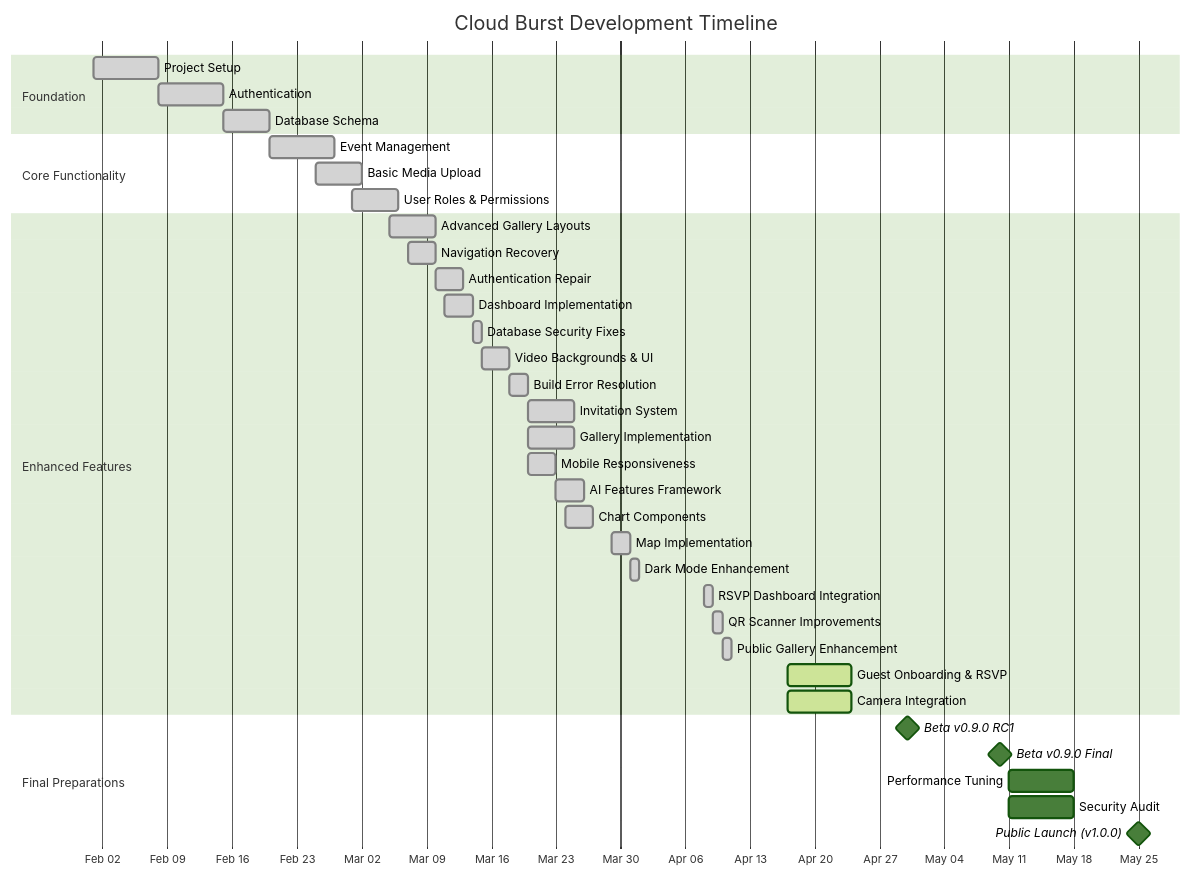
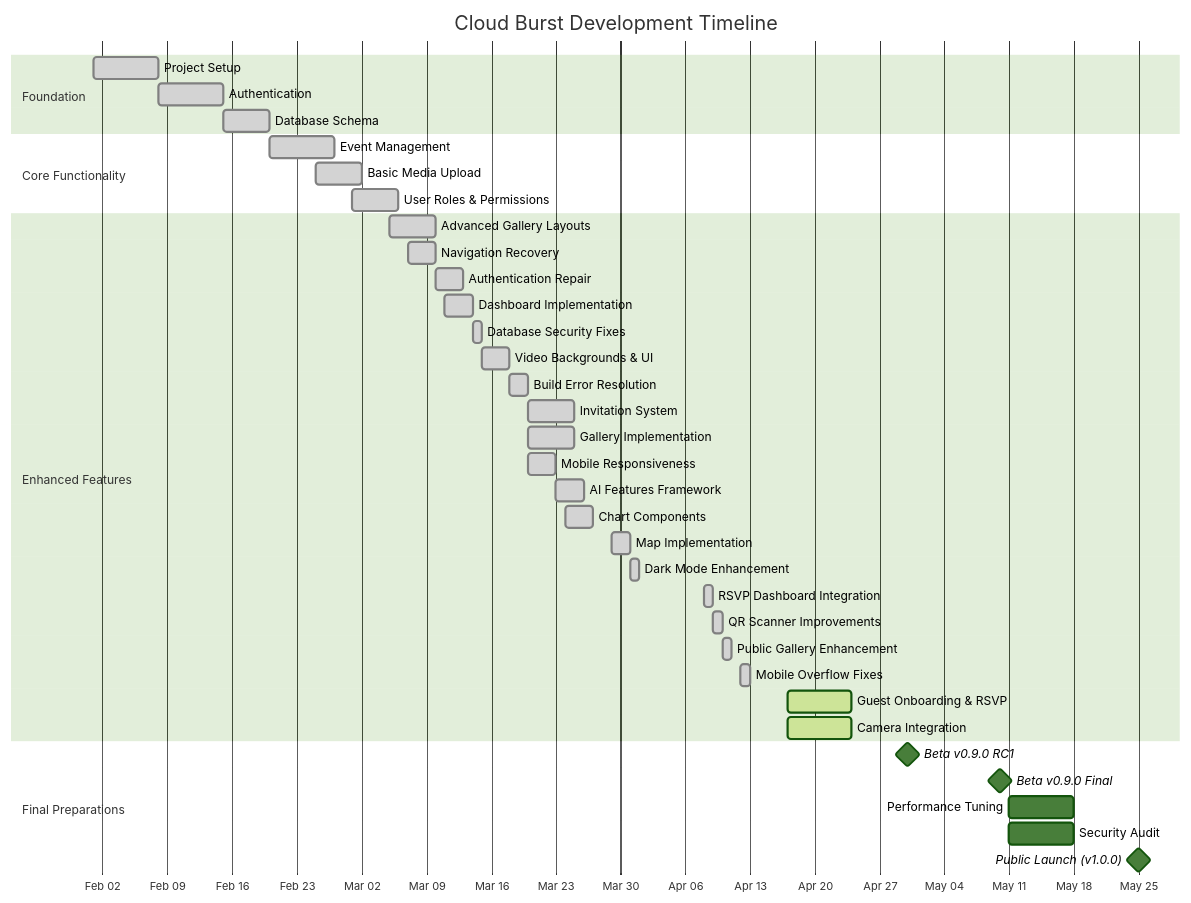
The first of 2 diagrams in docs/planning/roadmap.md (mrj0nesmtl/cloud-burst), drawn with Mermaid (forest theme) before and after one commit. The commit also changed other lines of this file and 37 other files, not shown here.

````diff
--- a/docs/planning/roadmap.md
+++ b/docs/planning/roadmap.md
@@ -136,44 +132,45 @@
 ```mermaid
 gantt
     title Cloud Burst Development Timeline
     dateFormat  YYYY-MM-DD
     axisFormat %b %d
     
     section Foundation
     Project Setup           :done, f1, 2025-02-01, 7d
     Authentication          :done, f2, 2025-02-08, 7d
     Database Schema         :done, f3, 2025-02-15, 5d
     
     section Core Functionality
     Event Management        :done, c1, 2025-02-20, 7d
     Basic Media Upload      :done, c2, 2025-02-25, 5d
     User Roles & Permissions:done, c3, 2025-03-01, 5d
     
     section Enhanced Features
     Advanced Gallery Layouts:done, e1, 2025-03-05, 5d
     Navigation Recovery     :done, e2, 2025-03-07, 3d
     Authentication Repair   :done, e3, 2025-03-10, 3d
     Dashboard Implementation:done, e4, 2025-03-11, 3d
     Database Security Fixes :done, e5, 2025-03-14, 1d
     Video Backgrounds & UI  :done, e6, 2025-03-15, 3d
     Build Error Resolution  :done, e7, 2025-03-18, 2d
     Invitation System       :done, e8, 2025-03-20, 5d
     Gallery Implementation  :done, e9, 2025-03-20, 5d
     Mobile Responsiveness   :done, e10, 2025-03-20, 3d
     AI Features Framework   :done, e11, 2025-03-23, 3d
     Chart Components        :done, e14, 2025-03-24, 3d
     Map Implementation      :done, e15, 2025-03-29, 2d
     Dark Mode Enhancement   :done, e16, 2025-03-31, 1d
     RSVP Dashboard Integration :done, e17, 2025-04-08, 1d
     QR Scanner Improvements :done, e18, 2025-04-09, 1d
     Public Gallery Enhancement :done, e19, 2025-04-10, 1d
-    Guest Onboarding & RSVP :active, e20, 2025-04-17, 7d
-    Camera Integration      :active, e21, 2025-04-17, 7d
+    Mobile Overflow Fixes   :done, e20, 2025-04-12, 1d
+    Guest Onboarding & RSVP :active, e21, 2025-04-17, 7d
+    Camera Integration      :active, e22, 2025-04-17, 7d
     
     section Final Preparations
     Beta v0.9.0 RC1         :milestone, b1, 2025-04-30, 0d
     Beta v0.9.0 Final       :milestone, b2, 2025-05-10, 0d
     Performance Tuning      :o1, 2025-05-11, 7d
     Security Audit          :o2, 2025-05-11, 7d
     Public Launch (v1.0.0)  :milestone, l3, 2025-05-25, 0d
 ```
````
